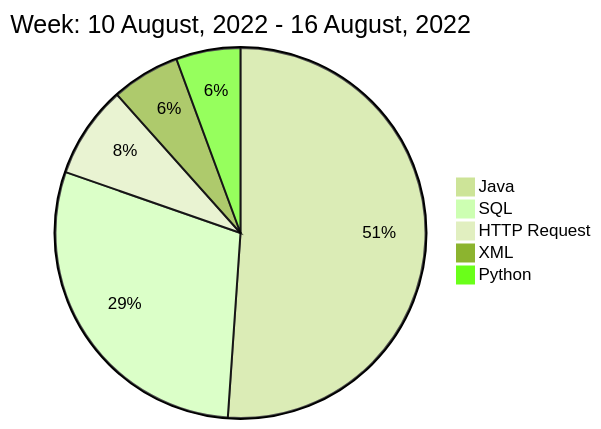
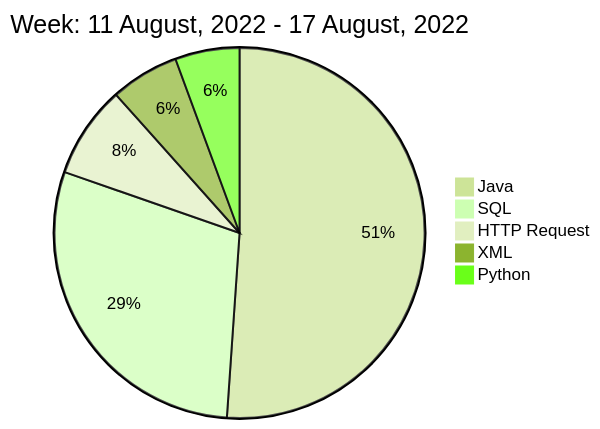
The diagram in README.md (liubin95/liubin95), drawn with Mermaid (forest theme) before and after one commit.

Commit message:
Updated the Graph with new Metrics

````diff
--- a/README.md
+++ b/README.md
@@ -40,9 +40,9 @@
 ```mermaid
  pie
-title Week: 10 August, 2022 - 16 August, 2022
+title Week: 11 August, 2022 - 17 August, 2022
  "Java" : 9.82
  "SQL" : 5.62
  "HTTP Request" : 1.55
  "XML" : 1.15
  "Python" : 1.08
 ```
````
